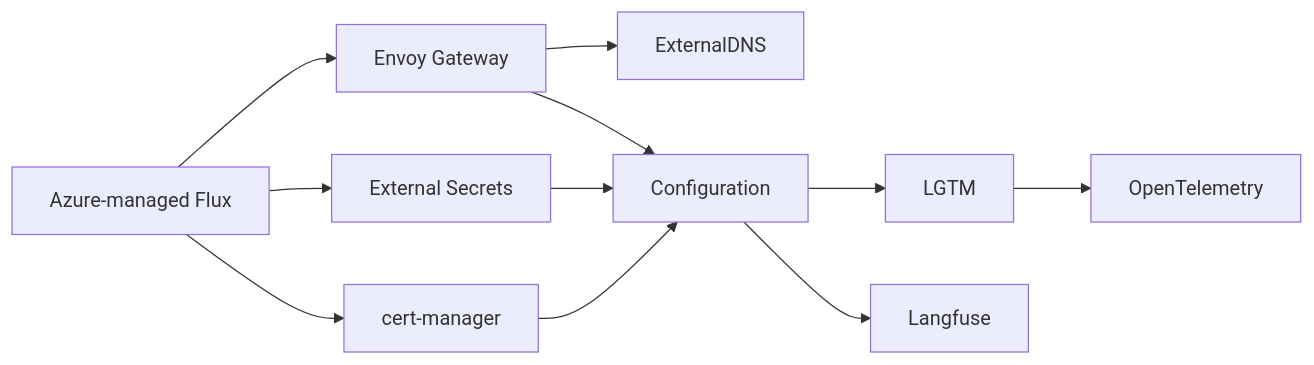
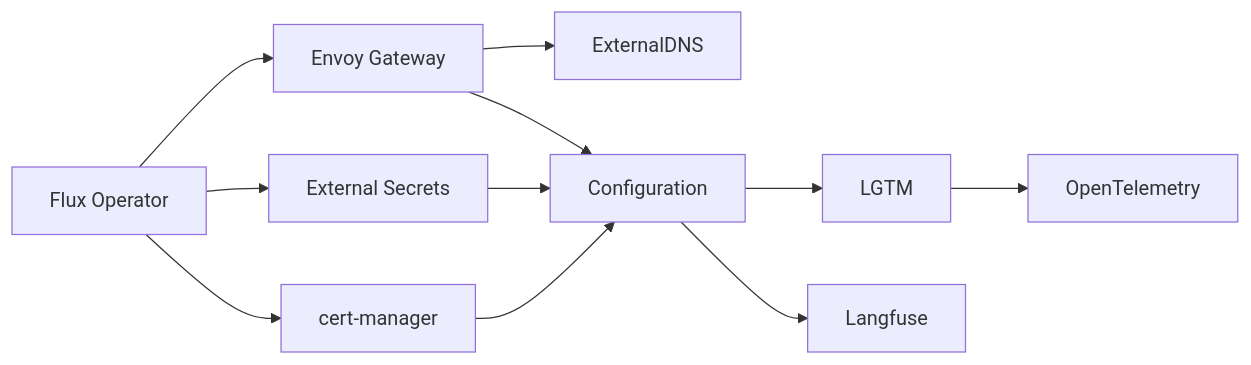
The diagram in README.md (ai-platform-portfolio/gitops), drawn with Mermaid before and after one commit. The commit also changed other lines of this file, not shown here.

Commit message:
Document Flux Operator bootstrap for AKS

````diff
--- a/README.md
+++ b/README.md
@@ -11,13 +11,13 @@
 ```mermaid
 flowchart LR
-  A[Azure-managed Flux] --> E[Envoy Gateway]
+  A[Flux Operator] --> E[Envoy Gateway]
   A --> S[External Secrets]
   A --> C[cert-manager]
   E --> D[ExternalDNS]
   E --> F[Configuration]
   S --> F
   C --> F
   F --> L[LGTM]
   L --> O[OpenTelemetry]
   F --> LF[Langfuse]
 ```
````
